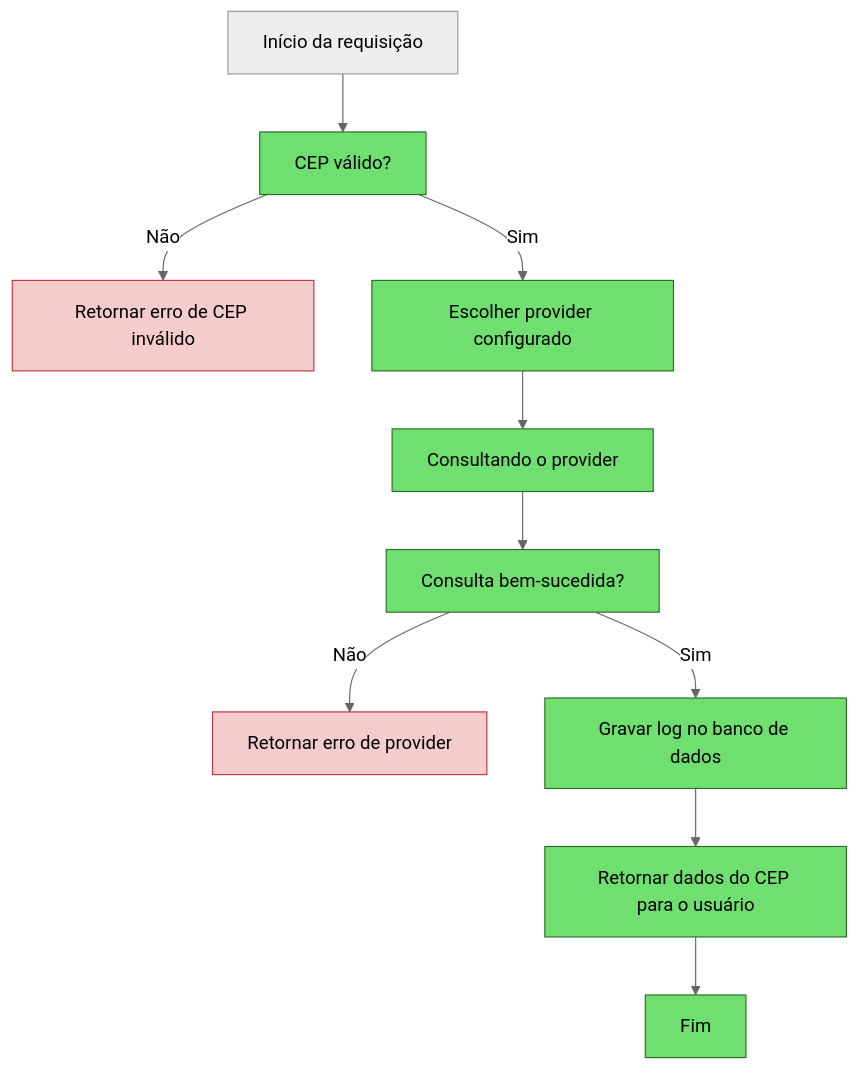
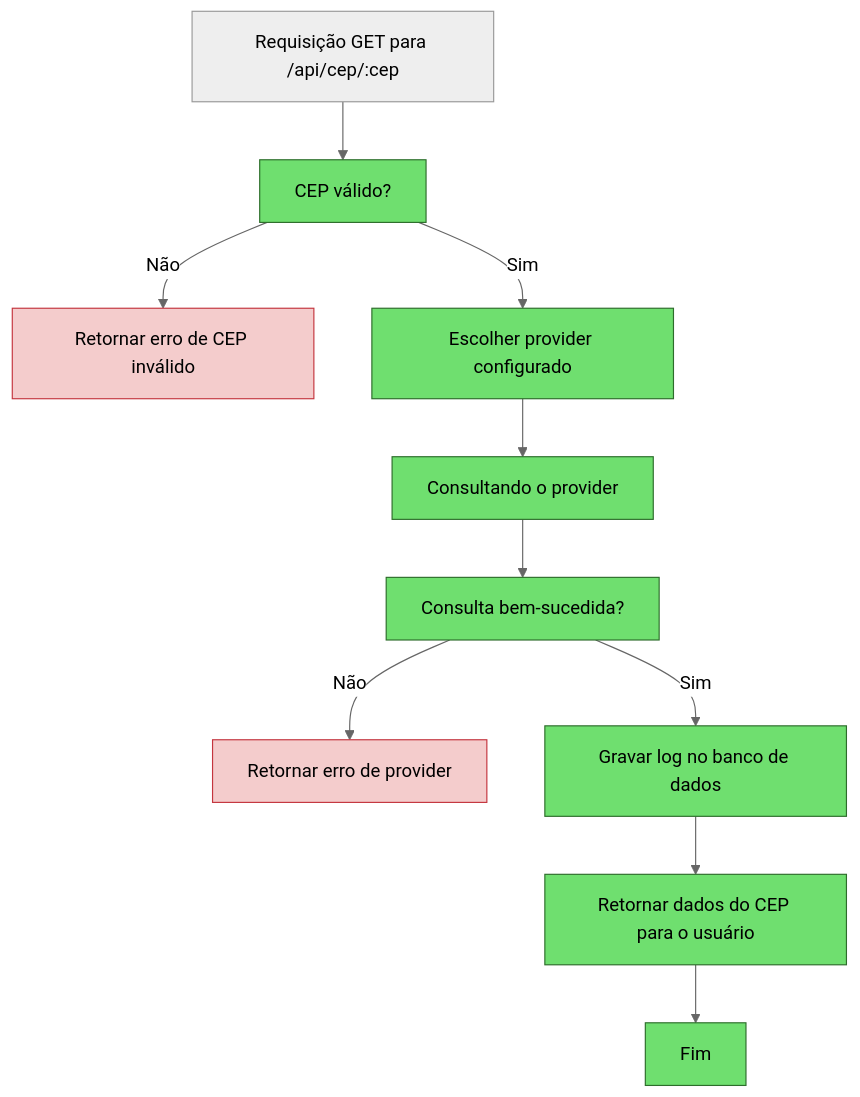
The first of 3 diagrams in README.md (Jeffrs123/consulta-cep), drawn with Mermaid (neutral theme) before and after one commit. The commit also changed other lines of this file, not shown here.

Commit message:
Diagrams added to Readme.md

````diff
--- a/README.md
+++ b/README.md
@@ -149,25 +158,25 @@
 ```mermaid
     flowchart TD
-        A[Início da requisição] --> B[CEP válido?]
+        A[Requisição GET para /api/cep/:cep] --> B[CEP válido?]
         B -- Não --> C[Retornar erro de CEP inválido]
         B -- Sim --> D[Escolher provider configurado]
         D --> E[Consultando o provider]
         E --> F[Consulta bem-sucedida?]
         F -- Não --> G[Retornar erro de provider]
         F -- Sim --> H[Gravar log no banco de dados]
         H --> I[Retornar dados do CEP para o usuário]
         I --> J[Fim]
 
         classDef valid fill:#6fdf6f,stroke:#2d6d2b;
         classDef invalid fill:#f4cccc,stroke:#c4353e;
         class B valid;
         class C invalid;
         class D valid;
         class E valid;
         class F valid;
         class G invalid;
         class H valid;
         class I valid;
         class J valid;
 
 ```
````
